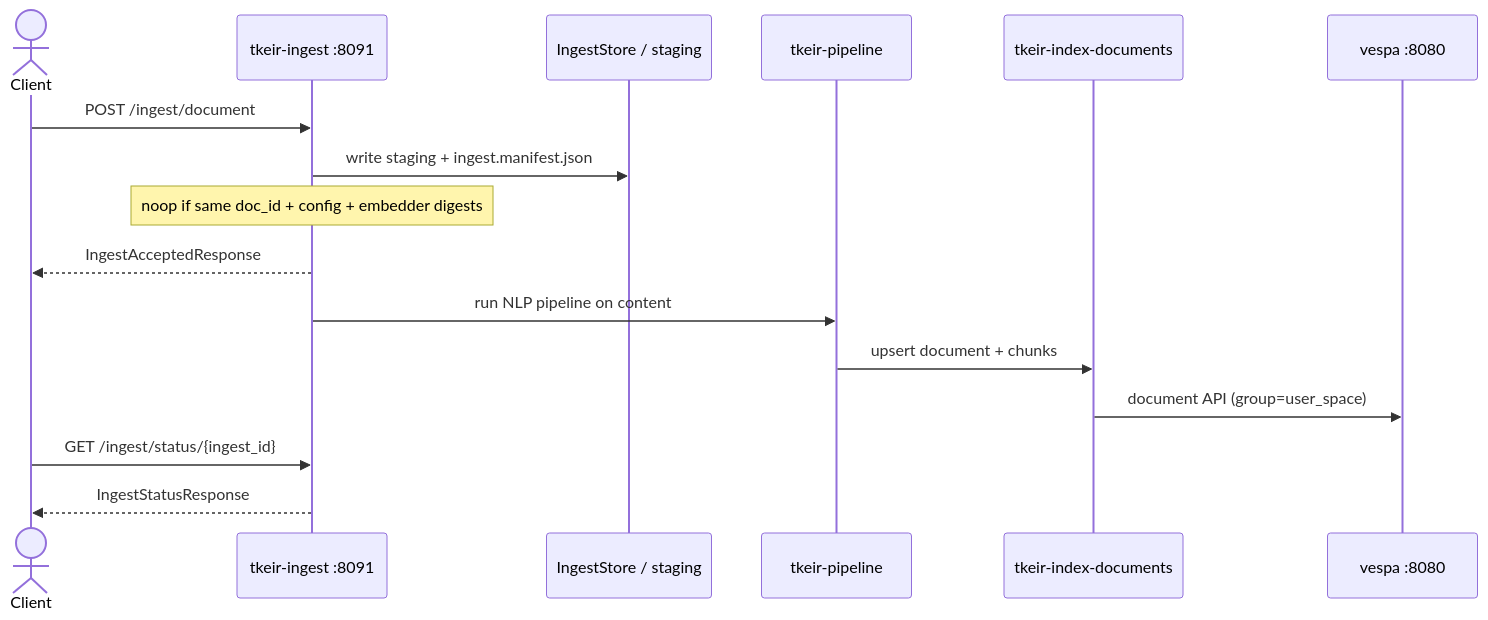
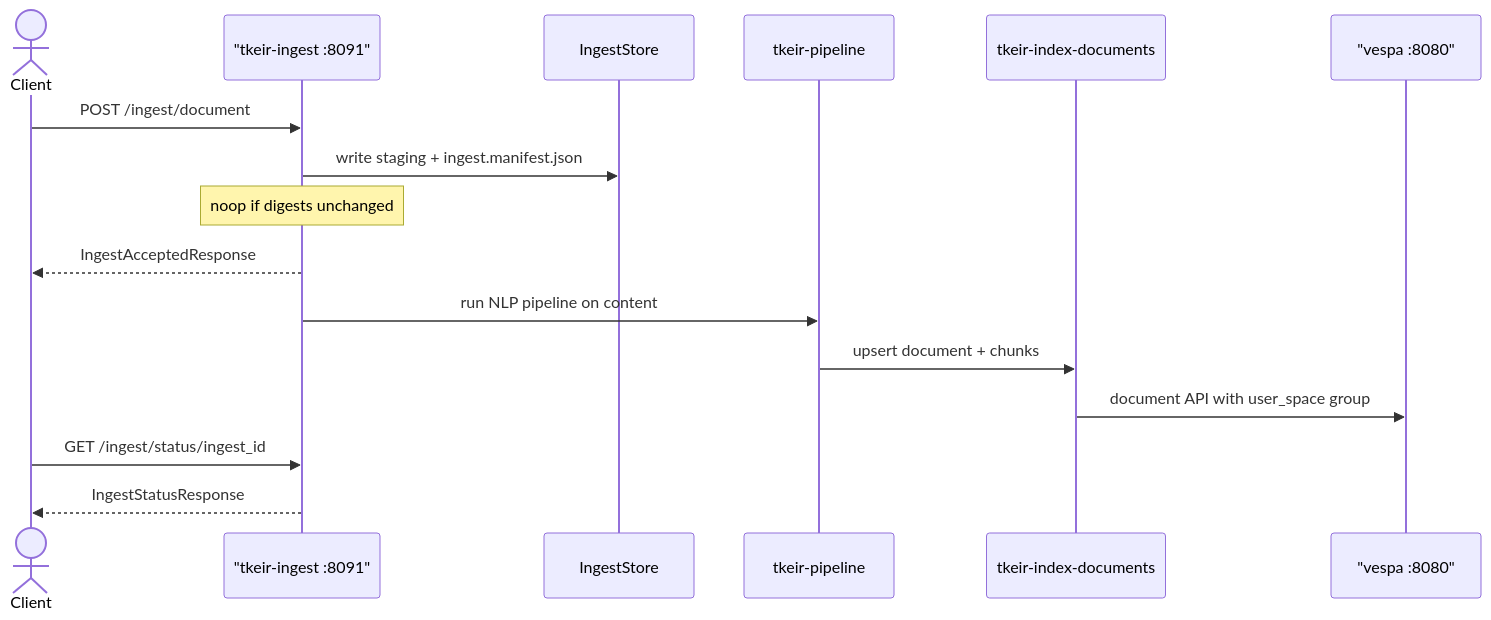
Before and after one commit to ThalesGroup/t-keir: the second of 6 diagrams in docs/architecture/sequences.md, drawn with Mermaid. The commit also changed other lines of this file and 67 other files, not shown here.

````diff
--- a/docs/architecture/sequences.md
+++ b/docs/architecture/sequences.md
@@ -44,19 +44,19 @@
 ```mermaid
 sequenceDiagram
   actor Client
-  participant Ingest as tkeir-ingest :8091
-  participant Store as IngestStore / staging
+  participant Ingest as "tkeir-ingest :8091"
+  participant Store as IngestStore
   participant Pipe as tkeir-pipeline
   participant Index as tkeir-index-documents
-  participant Vespa as vespa :8080
+  participant Vespa as "vespa :8080"
 
   Client->>Ingest: POST /ingest/document
   Ingest->>Store: write staging + ingest.manifest.json
-  Note over Ingest: noop if same doc_id + config + embedder digests
+  Note over Ingest: noop if digests unchanged
   Ingest-->>Client: IngestAcceptedResponse
   Ingest->>Pipe: run NLP pipeline on content
   Pipe->>Index: upsert document + chunks
-  Index->>Vespa: document API (group=user_space)
-  Client->>Ingest: GET /ingest/status/{ingest_id}
+  Index->>Vespa: document API with user_space group
+  Client->>Ingest: GET /ingest/status/ingest_id
   Ingest-->>Client: IngestStatusResponse
 ```
````
